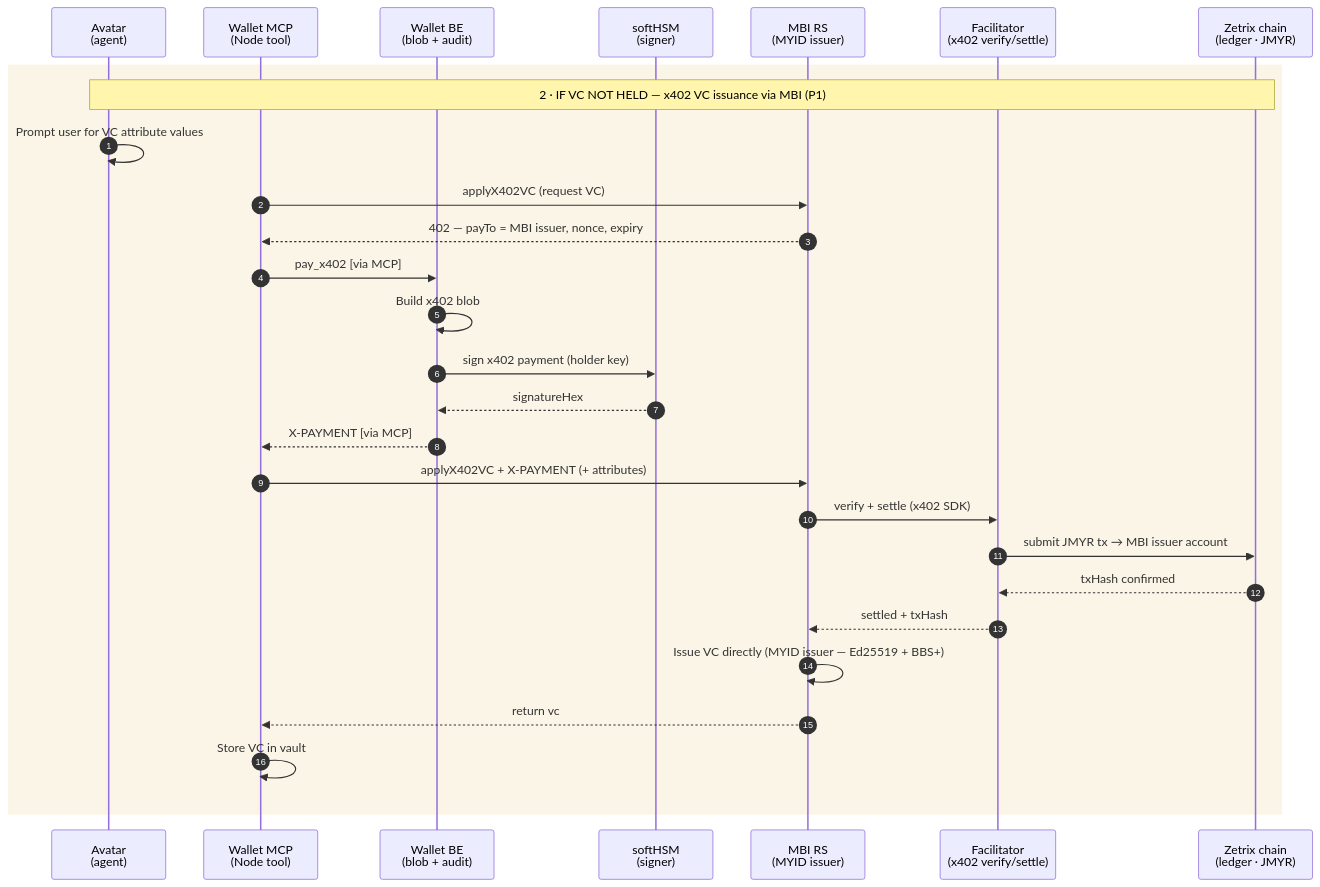
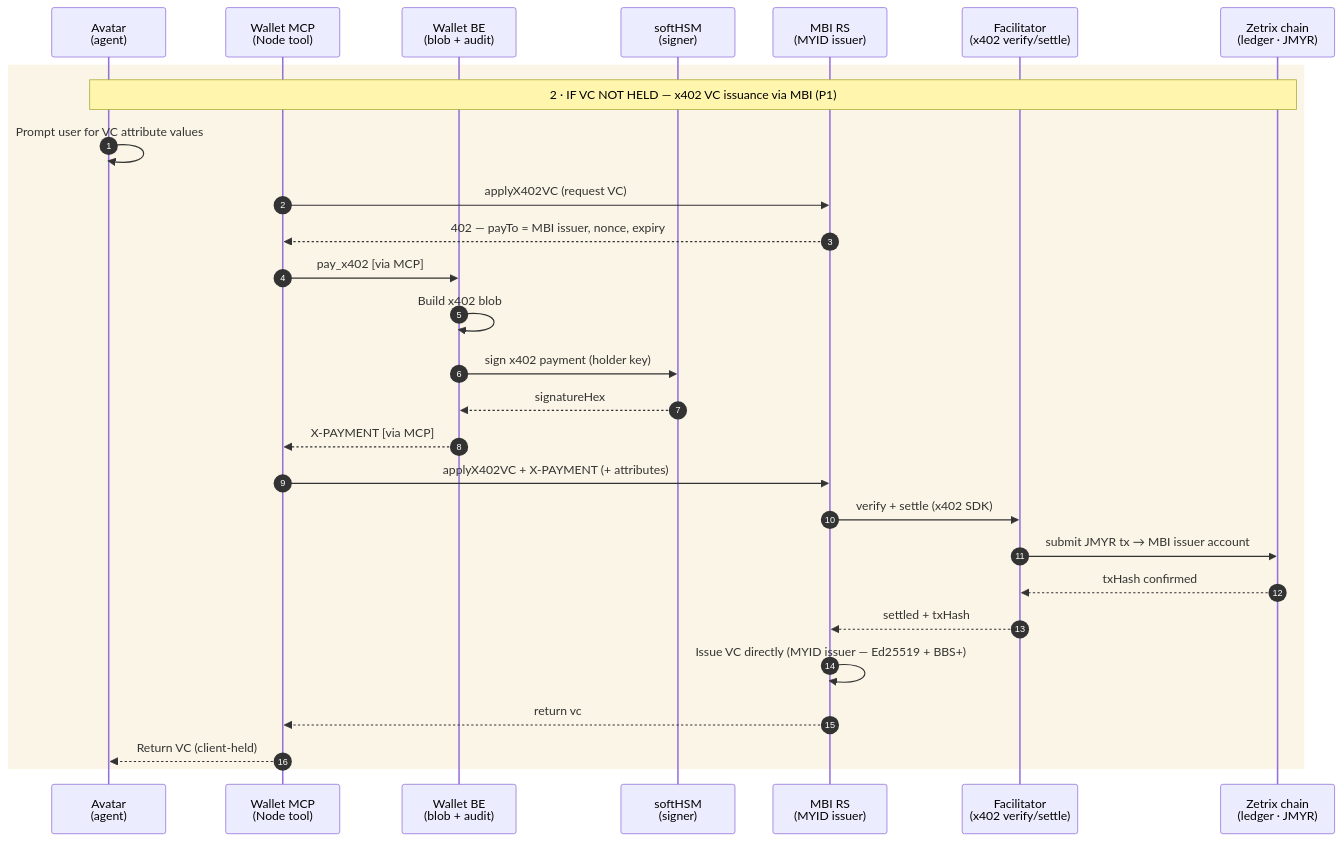
The second of 4 diagrams in developer-resources/agentic-wallet/protocol-flow/poc-payment-architecture.md (Maslan501/zetrix-doc), drawn with Mermaid before and after one commit. The commit also changed other lines of this file and 15 other files, not shown here.

````diff
--- a/developer-resources/agentic-wallet/protocol-flow/poc-payment-architecture.md
+++ b/developer-resources/agentic-wallet/protocol-flow/poc-payment-architecture.md
@@ -112,30 +112,30 @@
 ```mermaid
 sequenceDiagram
     autonumber
     participant AV as Avatar<br/>(agent)
     participant WMCP as Wallet MCP<br/>(Node tool)
     participant WBE as Wallet BE<br/>(blob + audit)
     participant HSM as softHSM<br/>(signer)
     participant MBI as MBI RS<br/>(MYID issuer)
     participant FAC as Facilitator<br/>(x402 verify/settle)
     participant CHAIN as Zetrix chain<br/>(ledger · JMYR)
     rect rgb(250,245,230)
     Note over AV,CHAIN: 2 · IF VC NOT HELD — x402 VC issuance via MBI (P1)
     AV->>AV: Prompt user for VC attribute values
     WMCP->>MBI: applyX402VC (request VC)
     MBI-->>WMCP: 402 — payTo = MBI issuer, nonce, expiry
     WMCP->>WBE: pay_x402  [via MCP]
     WBE->>WBE: Build x402 blob
     WBE->>HSM: sign x402 payment (holder key)
     HSM-->>WBE: signatureHex
     WBE-->>WMCP: X-PAYMENT  [via MCP]
     WMCP->>MBI: applyX402VC + X-PAYMENT (+ attributes)
     MBI->>FAC: verify + settle (x402 SDK)
     FAC->>CHAIN: submit JMYR tx → MBI issuer account
     CHAIN-->>FAC: txHash confirmed
     FAC-->>MBI: settled + txHash
     MBI->>MBI: Issue VC directly (MYID issuer — Ed25519 + BBS+)
     MBI-->>WMCP: return vc
-    WMCP->>WMCP: Store VC in vault
+    WMCP-->>AV: Return VC (client-held)
     end
 ```
````
